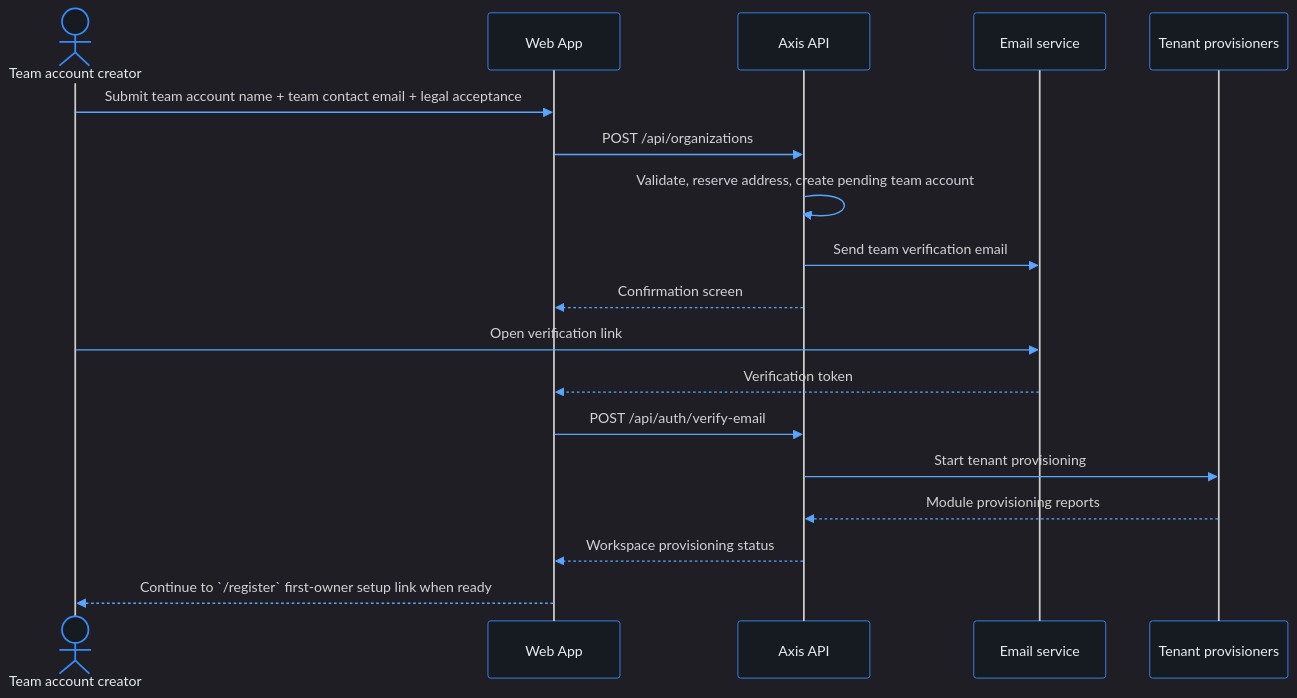
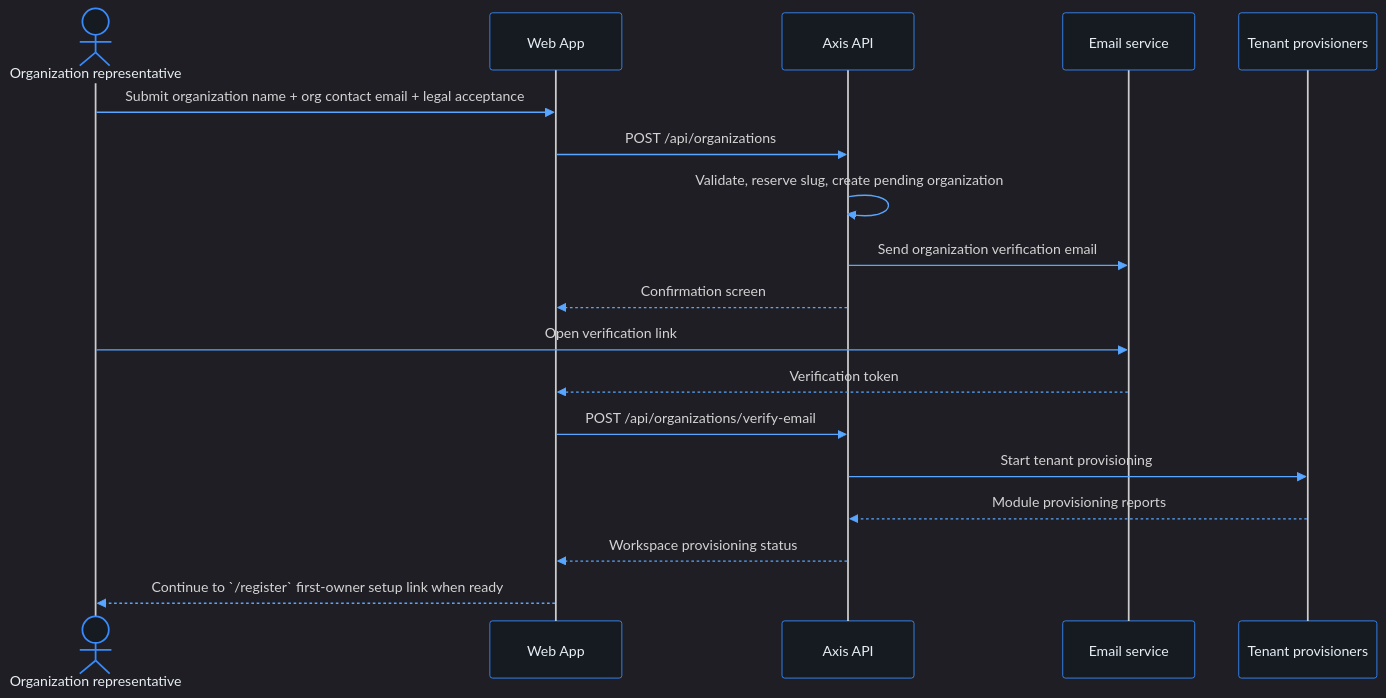
The second of 3 diagrams in docs/use-cases/platform-foundation/register-org/README.md (phuongnse/axis), drawn with Mermaid before and after one commit. The commit also changed other lines of this file and 21 other files, not shown here.

Commit message:
fix(auth): remove organization onboarding flow

````diff
--- a/docs/use-cases/platform-foundation/register-org/README.md
+++ b/docs/use-cases/platform-foundation/register-org/README.md
@@ -159,22 +161,22 @@
 ```mermaid
 %%{init: {'theme':'dark','themeVariables':{'background':'#0d1117','mainBkg':'#0d1117','primaryColor':'#161b22','primaryBorderColor':'#388bfd','primaryTextColor':'#e6edf3','secondaryColor':'#21262d','secondaryBorderColor':'#388bfd','secondaryTextColor':'#e6edf3','tertiaryColor':'#161b22','tertiaryTextColor':'#e6edf3','lineColor':'#58a6ff','textColor':'#e6edf3','nodeBorder':'#388bfd','clusterBkg':'#161b22','clusterBorder':'#388bfd','titleColor':'#e6edf3','edgeLabelBackground':'#161b22','actorBkg':'#161b22','actorBorder':'#388bfd','actorTextColor':'#e6edf3','signalColor':'#58a6ff','labelBoxBkgColor':'#161b22','labelBoxBorderColor':'#388bfd','noteBkgColor':'#161b22','noteBorderColor':'#388bfd','noteTextColor':'#c9d1d9','activationBkgColor':'#30363d'}}}%%
 sequenceDiagram
-  actor Rep as Team account creator
+  actor Rep as Organization representative
   participant Web as Web App
   participant API as Axis API
   participant Email as Email service
   participant Provisioning as Tenant provisioners
 
-  Rep->>Web: Submit team account name + team contact email + legal acceptance
+  Rep->>Web: Submit organization name + org contact email + legal acceptance
   Web->>API: POST /api/organizations
-  API->>API: Validate, reserve address, create pending team account
-  API->>Email: Send team verification email
+  API->>API: Validate, reserve slug, create pending organization
+  API->>Email: Send organization verification email
   API-->>Web: Confirmation screen
   Rep->>Email: Open verification link
   Email-->>Web: Verification token
-  Web->>API: POST /api/auth/verify-email
+  Web->>API: POST /api/organizations/verify-email
   API->>Provisioning: Start tenant provisioning
   Provisioning-->>API: Module provisioning reports
   API-->>Web: Workspace provisioning status
   Web-->>Rep: Continue to `/register` first-owner setup link when ready
 ```
````
